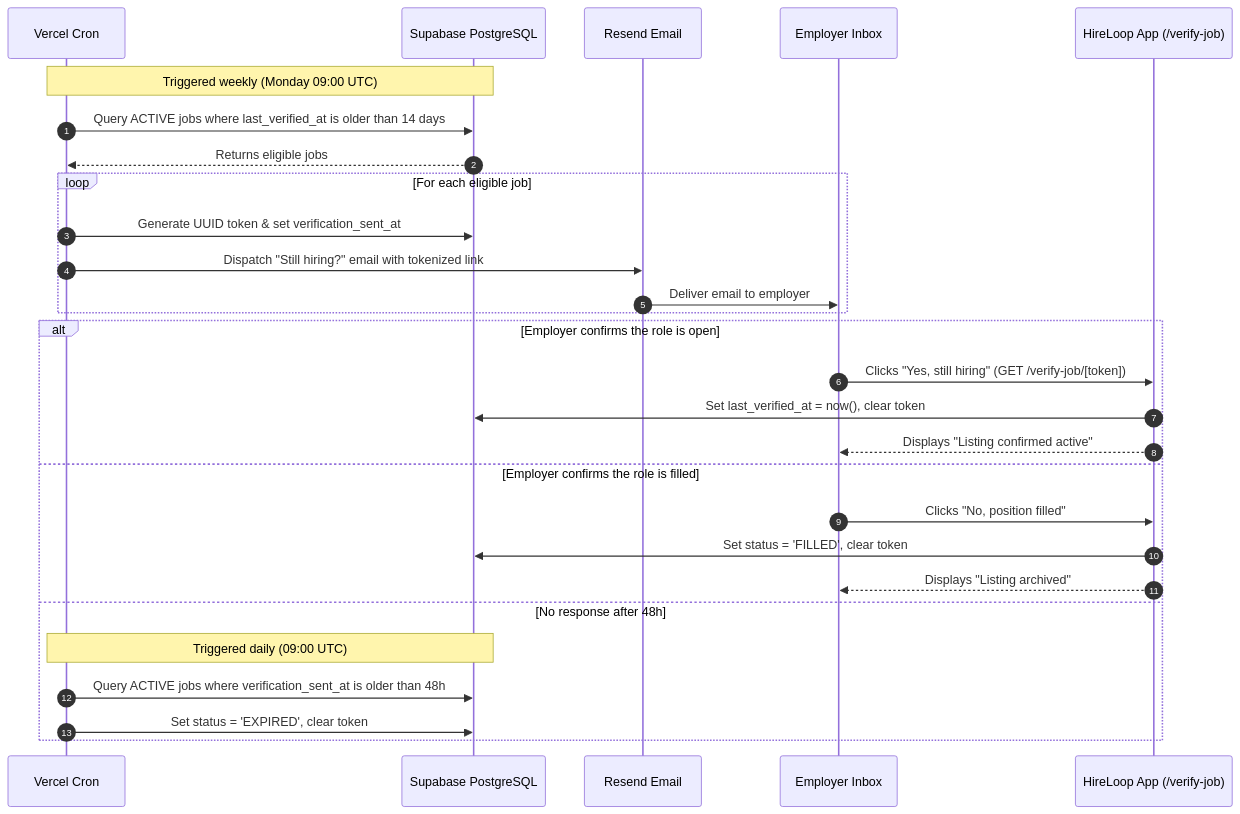
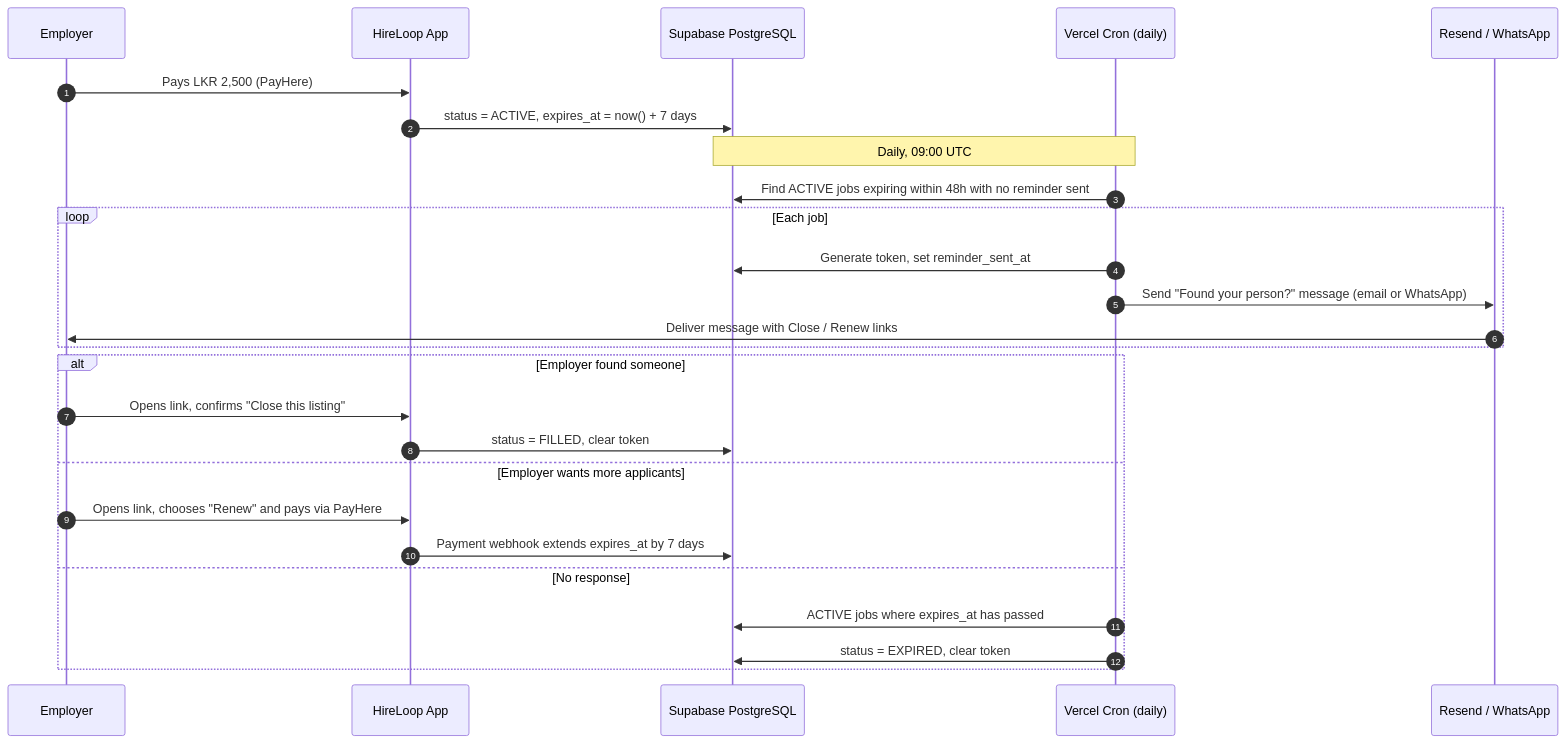
The diagram in README.md (Vivan2025wd/real_jobs), drawn with Mermaid before and after one commit. The commit also changed other lines of this file, not shown here.

First line of the commit message:
Revise README for listing lifecycle and feature updates

````diff
--- a/README.md
+++ b/README.md
@@ -88,32 +88,31 @@
 ```mermaid
 sequenceDiagram
     autonumber
-    participant Cron as Vercel Cron
+    participant Emp as Employer
+    participant App as HireLoop App
     participant DB as Supabase PostgreSQL
-    participant Resend as Resend Email
-    participant Emp as Employer Inbox
-    participant App as HireLoop App (/verify-job)
+    participant Cron as Vercel Cron (daily)
+    participant Msg as Resend / WhatsApp
 
-    Note over Cron,DB: Triggered weekly (Monday 09:00 UTC)
-    Cron->>DB: Query ACTIVE jobs where last_verified_at is older than 14 days
-    DB-->>Cron: Returns eligible jobs
-    loop For each eligible job
-        Cron->>DB: Generate UUID token & set verification_sent_at
-        Cron->>Resend: Dispatch "Still hiring?" email with tokenized link
-        Resend->>Emp: Deliver email to employer
+    Emp->>App: Pays LKR 2,500 (PayHere)
+    App->>DB: status = ACTIVE, expires_at = now() + 7 days
+
+    Note over Cron,DB: Daily, 09:00 UTC
+    Cron->>DB: Find ACTIVE jobs expiring within 48h with no reminder sent
+    loop Each job
+        Cron->>DB: Generate token, set reminder_sent_at
+        Cron->>Msg: Send "Found your person?" message (email or WhatsApp)
+        Msg->>Emp: Deliver message with Close / Renew links
     end
 
-    alt Employer confirms the role is open
-        Emp->>App: Clicks "Yes, still hiring" (GET /verify-job/[token])
-        App->>DB: Set last_verified_at = now(), clear token
-        App-->>Emp: Displays "Listing confirmed active"
-    else Employer confirms the role is filled
-        Emp->>App: Clicks "No, position filled"
-        App->>DB: Set status = 'FILLED', clear token
-        App-->>Emp: Displays "Listing archived"
-    else No response after 48h
-        Note over Cron,DB: Triggered daily (09:00 UTC)
-        Cron->>DB: Query ACTIVE jobs where verification_sent_at is older than 48h
-        Cron->>DB: Set status = 'EXPIRED', clear token
+    alt Employer found someone
+        Emp->>App: Opens link, confirms "Close this listing"
+        App->>DB: status = FILLED, clear token
+    else Employer wants more applicants
+        Emp->>App: Opens link, chooses "Renew" and pays via PayHere
+        App->>DB: Payment webhook extends expires_at by 7 days
+    else No response
+        Cron->>DB: ACTIVE jobs where expires_at has passed
+        Cron->>DB: status = EXPIRED, clear token
     end
 ```
````
